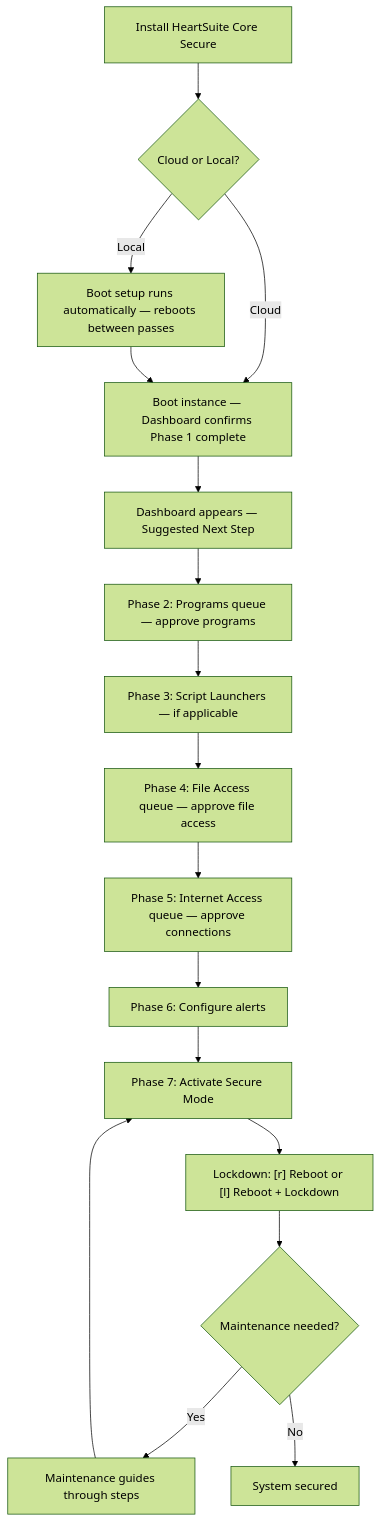
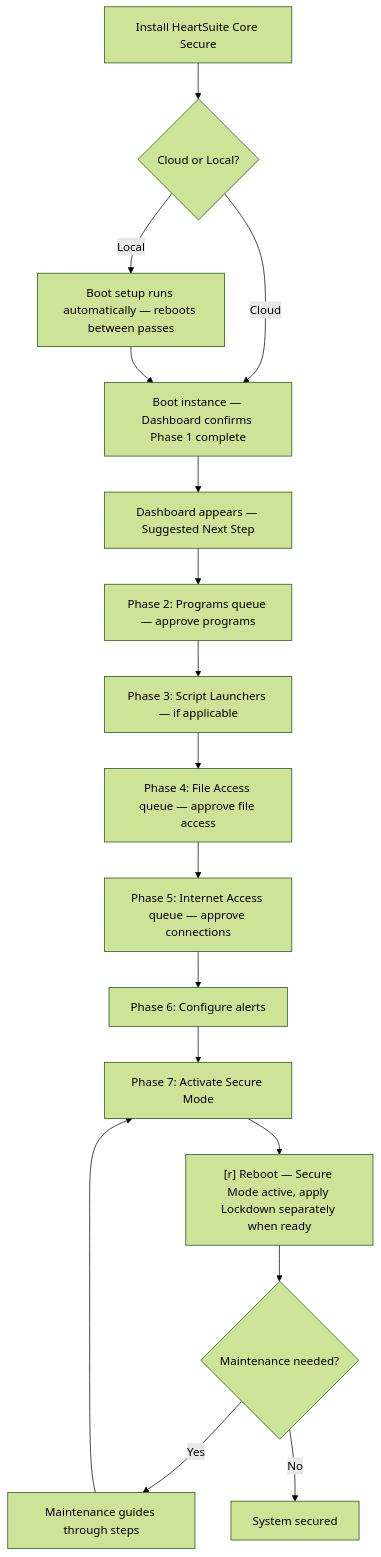
The diagram in content/en/docs/introduction/setup-overview/_index.md (HeartSecuritySuite/heartsuite-docs), drawn with Mermaid (forest theme) before and after one commit. The commit also changed other lines of this file and 1 other file, not shown here.

Commit message:
docs: fix stale Secure Mode and Lockdown descriptions
Mode switch now offers only [r] Reboot; [l] Reboot + Lockdown was
removed. Maintenance auto-sets GRUB to the non-HS kernel before
rebooting and restores HS on return — no manual GRUB selection needed.
Dashboard runs HS_unlock.sh via [u]; CLI only needed for recovery.

````diff
--- a/content/en/docs/introduction/setup-overview/_index.md
+++ b/content/en/docs/introduction/setup-overview/_index.md
@@ -63,19 +63,19 @@
 ```mermaid
 graph TD
     A[Install HeartSuite Core Secure] --> B{Cloud or Local?}
     B -- Cloud --> C[Boot instance — Dashboard confirms Phase 1 complete]
     B -- Local --> D["Boot setup runs automatically — reboots between passes"]
     D --> C
     C --> E[Dashboard appears — Suggested Next Step]
     E --> F["Phase 2: Programs queue — approve programs"]
     F --> G["Phase 3: Script Launchers — if applicable"]
     G --> H["Phase 4: File Access queue — approve file access"]
     H --> I["Phase 5: Internet Access queue — approve connections"]
     I --> J["Phase 6: Configure alerts"]
     J --> K["Phase 7: Activate Secure Mode"]
-    K --> L["Lockdown: [r] Reboot or [l] Reboot + Lockdown"]
+    K --> L["[r] Reboot — Secure Mode active, apply Lockdown separately when ready"]
     L --> M{Maintenance needed?}
     M -- Yes --> N["Maintenance guides through steps"]
     N --> K
     M -- No --> O[System secured]
 ```
````
